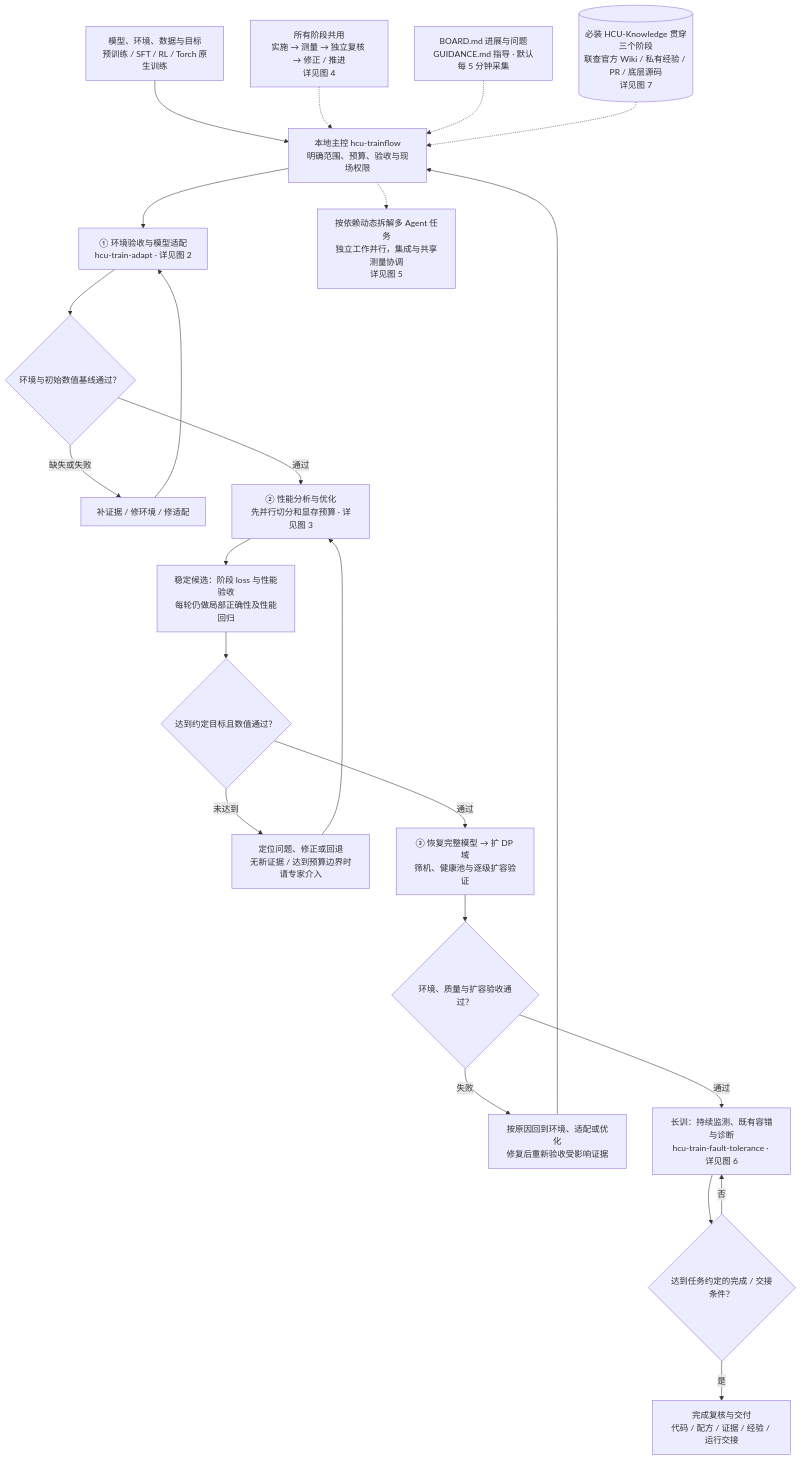
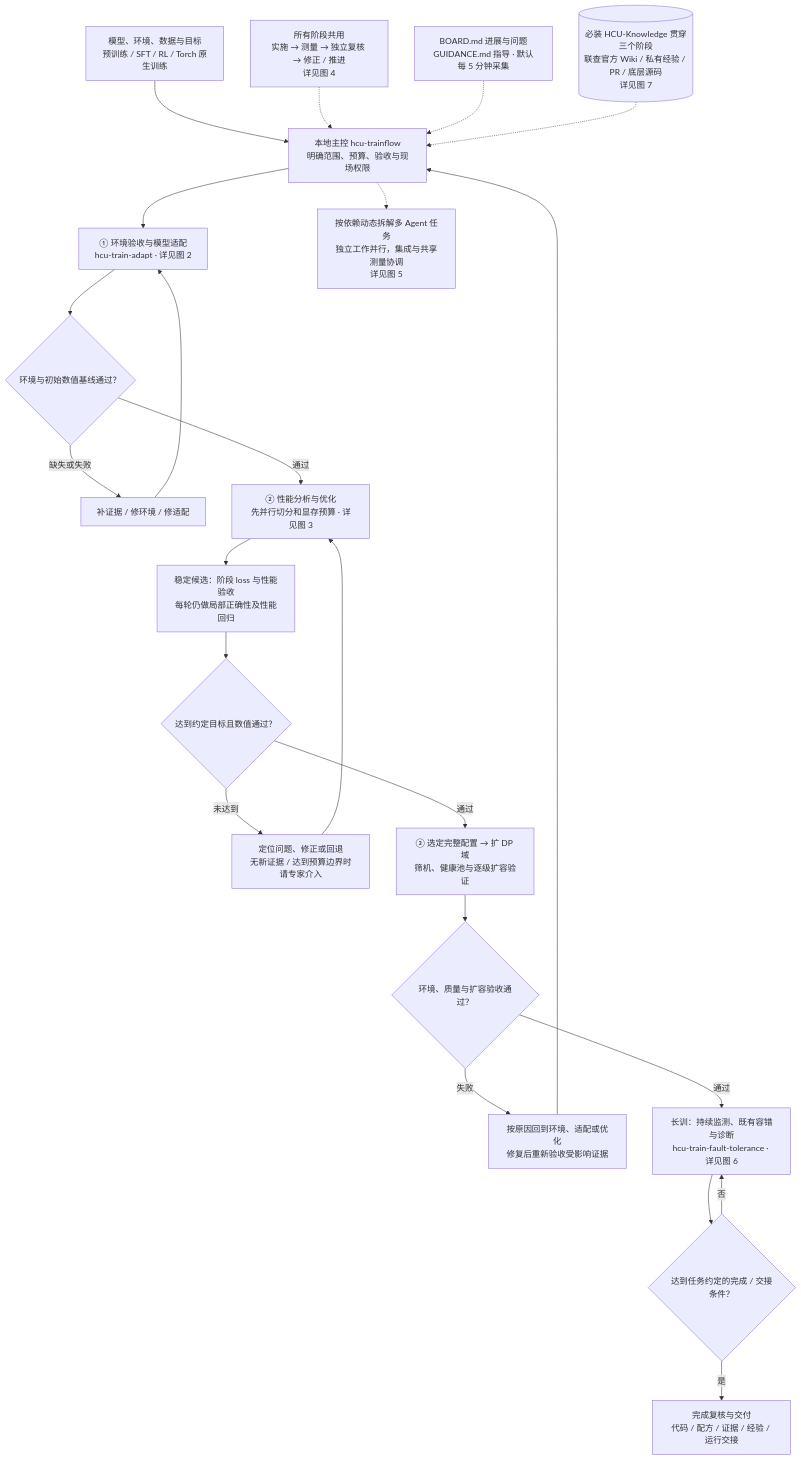
Before and after one commit to yuguo-Jack/HCU-TrainFlow: the first of 12 diagrams in docs/workflow-map.md, drawn with Mermaid. The commit also changed other lines of this file and 50 other files, not shown here.

````diff
--- a/docs/workflow-map.md
+++ b/docs/workflow-map.md
@@ -11,25 +11,25 @@
 ```mermaid
 flowchart TD
     U["模型、环境、数据与目标<br/>预训练 / SFT / RL / Torch 原生训练"] --> C["本地主控 hcu-trainflow<br/>明确范围、预算、验收与现场权限"]
     C --> A["① 环境验收与模型适配<br/>hcu-train-adapt · 详见图 2"]
     A --> AG{"环境与初始数值基线通过？"}
     AG -->|缺失或失败| AR["补证据 / 修环境 / 修适配"]
     AR --> A
     AG -->|通过| O["② 性能分析与优化<br/>先并行切分和显存预算 · 详见图 3"]
     O --> Q["稳定候选：阶段 loss 与性能验收<br/>每轮仍做局部正确性及性能回归"]
     Q --> QG{"达到约定目标且数值通过？"}
     QG -->|未达到| OR["定位问题、修正或回退<br/>无新证据 / 达到预算边界时请专家介入"]
     OR --> O
-    QG -->|通过| S["③ 恢复完整模型 → 扩 DP 域<br/>筛机、健康池与逐级扩容验证"]
+    QG -->|通过| S["③ 选定完整配置 → 扩 DP 域<br/>筛机、健康池与逐级扩容验证"]
     S --> SG{"环境、质量与扩容验收通过？"}
     SG -->|失败| SR["按原因回到环境、适配或优化<br/>修复后重新验收受影响证据"]
     SR --> C
     SG -->|通过| T["长训：持续监测、既有容错与诊断<br/>hcu-train-fault-tolerance · 详见图 6"]
     T --> TG{"达到任务约定的完成 / 交接条件？"}
     TG -->|否| T
     TG -->|是| Z["完成复核与交付<br/>代码 / 配方 / 证据 / 经验 / 运行交接"]
     LOOP["所有阶段共用<br/>实施 → 测量 → 独立复核 → 修正 / 推进<br/>详见图 4"] -.-> C
     H["BOARD.md 进展与问题<br/>GUIDANCE.md 指导 · 默认每 5 分钟采集"] -.-> C
     K[("必装 HCU-Knowledge 贯穿三个阶段<br/>联查官方 Wiki / 私有经验 / PR / 底层源码<br/>详见图 7")] -.-> C
     C -.-> TEAM["按依赖动态拆解多 Agent 任务<br/>独立工作并行，集成与共享测量协调<br/>详见图 5"]
 ```
````
